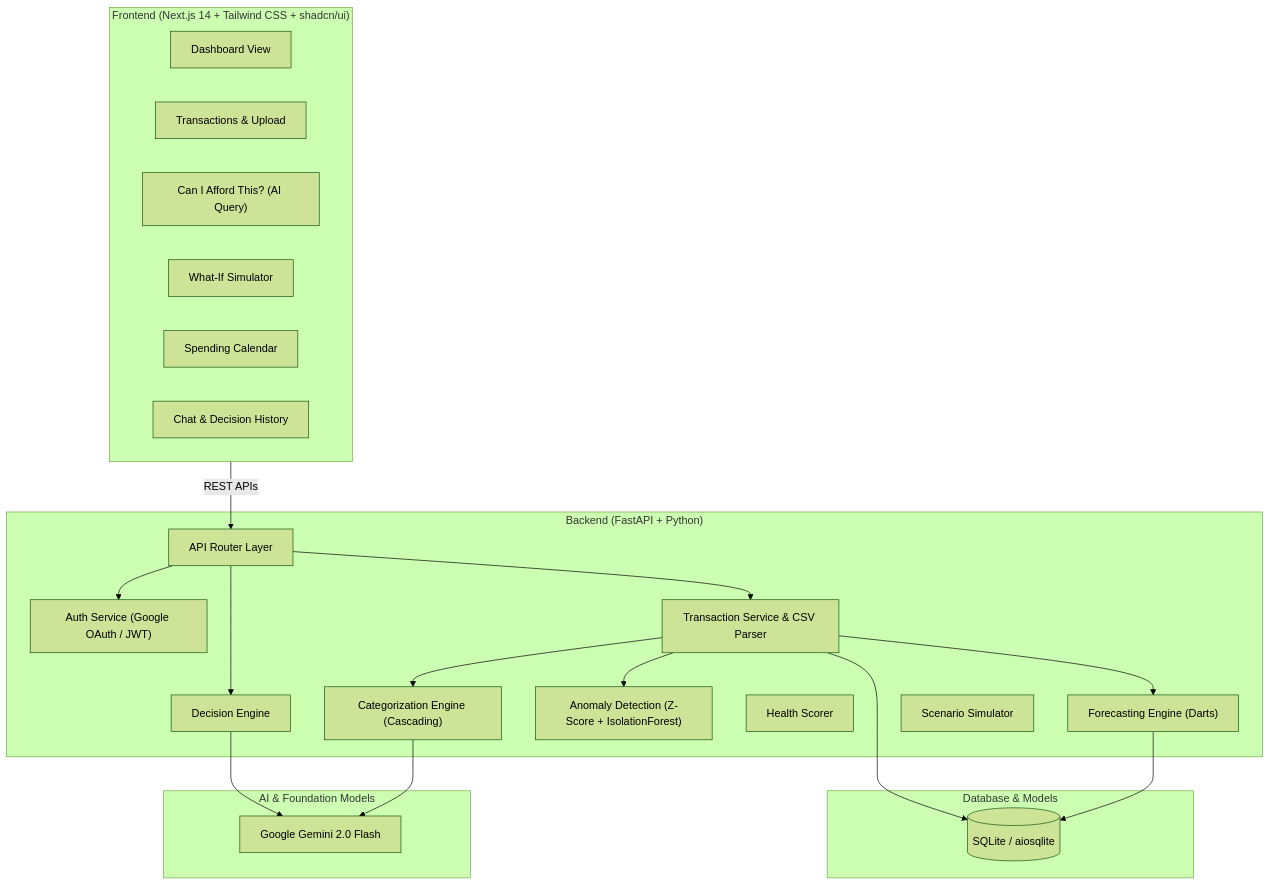
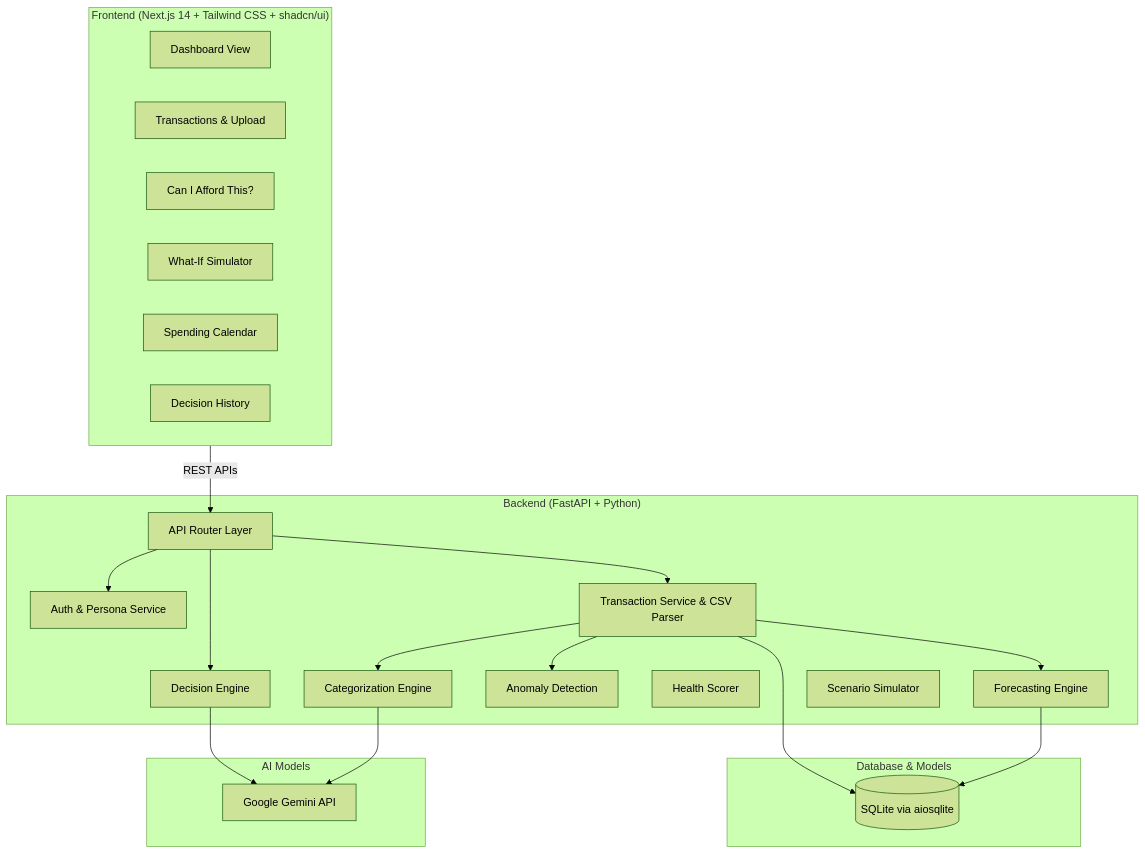
Before and after one commit to notalwaysadream/clairfinance: the diagram in README.md, drawn with Mermaid (forest theme). The commit also changed other lines of this file and 45 other files, not shown here.

````diff
--- a/README.md
+++ b/README.md
@@ -23,43 +23,43 @@
 ```mermaid
 flowchart TD
     subgraph Frontend["Frontend (Next.js 14 + Tailwind CSS + shadcn/ui)"]
         Dashboard["Dashboard View"]
         Transactions["Transactions & Upload"]
-        Query["Can I Afford This? (AI Query)"]
+        Query["Can I Afford This?"]
         Simulator["What-If Simulator"]
         Calendar["Spending Calendar"]
-        History["Chat & Decision History"]
+        History["Decision History"]
     end
 
     subgraph Backend["Backend (FastAPI + Python)"]
         Router["API Router Layer"]
-        AuthSvc["Auth Service (Google OAuth / JWT)"]
+        AuthSvc["Auth & Persona Service"]
         TxnSvc["Transaction Service & CSV Parser"]
-        CatEngine["Categorization Engine (Cascading)"]
-        ForecastEngine["Forecasting Engine (Darts)"]
-        AnomalyEngine["Anomaly Detection (Z-Score + IsolationForest)"]
+        CatEngine["Categorization Engine"]
+        ForecastEngine["Forecasting Engine"]
+        AnomalyEngine["Anomaly Detection"]
         HealthEngine["Health Scorer"]
         QueryEngine["Decision Engine"]
         SimEngine["Scenario Simulator"]
     end
 
     subgraph Storage["Database & Models"]
-        DB[(SQLite / aiosqlite)]
+        DB[(SQLite via aiosqlite)]
     end
 
-    subgraph External["AI & Foundation Models"]
-        Gemini["Google Gemini 2.0 Flash"]
+    subgraph External["AI Models"]
+        Gemini["Google Gemini API"]
     end
 
     Frontend -->|REST APIs| Router
     Router --> AuthSvc
     Router --> TxnSvc
     Router --> QueryEngine
     TxnSvc --> CatEngine
     TxnSvc --> ForecastEngine
     TxnSvc --> AnomalyEngine
     TxnSvc --> DB
     QueryEngine --> Gemini
     CatEngine --> Gemini
     ForecastEngine --> DB
 ```
````
